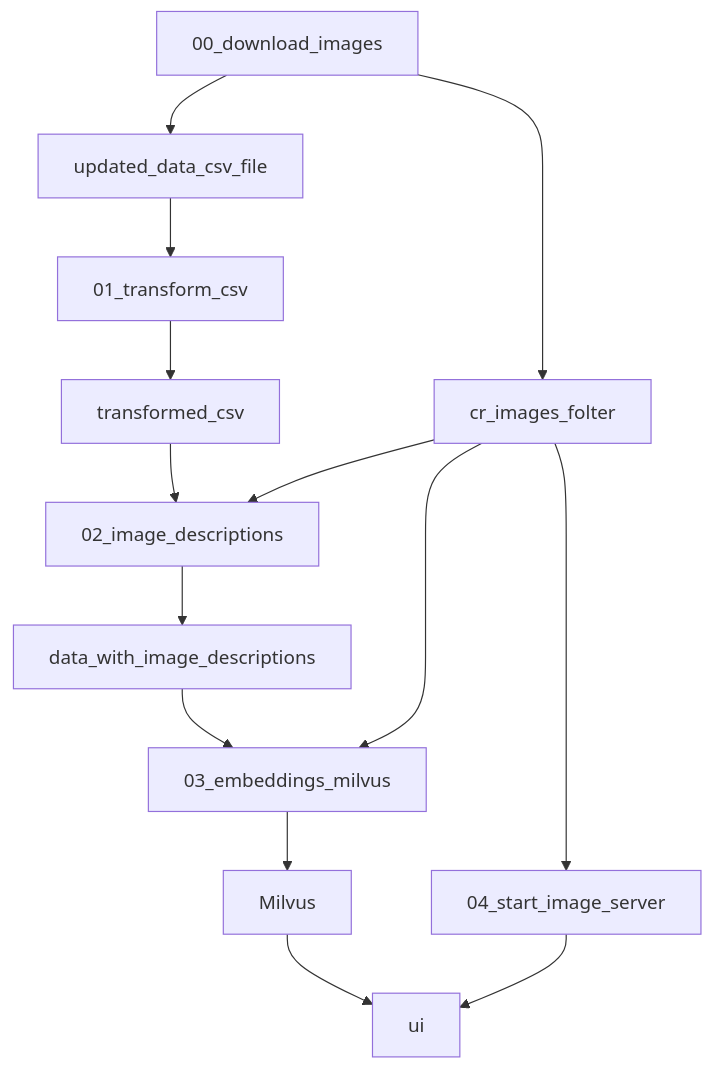
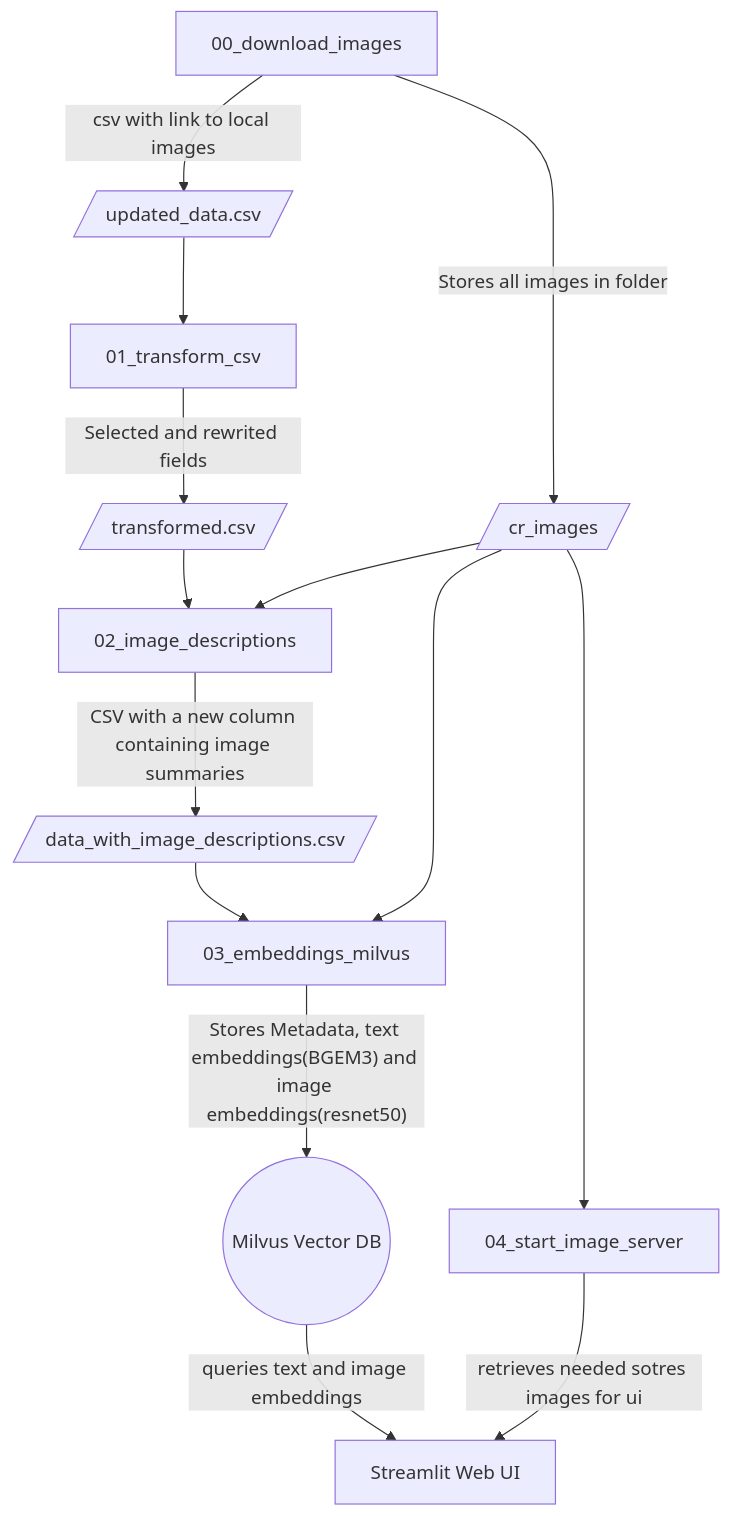
Before and after one commit to diegoreico/cc-multimodal-rag-challenge-pycon24: the diagram in README.md, drawn with Mermaid.

Commit message:
docs: improved architectures diagram with text inside edges

````diff
--- a/README.md
+++ b/README.md
@@ -18,16 +18,18 @@
 ```mermaid
 flowchart TD
-    00_download_images --> updated_data_csv_file
-    00_download_images --> cr_images_folter 
+    
+
+    00_download_images --csv with link to local images--> updated_data_csv_file[/updated_data.csv/]
+    00_download_images --Stores all images in folder--> cr_images_folter[/cr_images/]
     updated_data_csv_file --> 01_transform_csv
-    01_transform_csv --> transformed_csv
+    01_transform_csv --Selected and rewrited fields--> transformed_csv[/transformed.csv/]
     transformed_csv --> 02_image_descriptions
     cr_images_folter --> 02_image_descriptions
-    02_image_descriptions --> data_with_image_descriptions
+    02_image_descriptions --CSV with a new column containing image summaries--> data_with_image_descriptions[/data_with_image_descriptions.csv/]
     data_with_image_descriptions --> 03_embeddings_milvus
     cr_images_folter --> 03_embeddings_milvus
-    03_embeddings_milvus --> Milvus
+    03_embeddings_milvus --Stores Metadata, text embeddings(BGEM3) and image embeddings(resnet50)--> Milvus((Milvus Vector DB))
     cr_images_folter --> 04_start_image_server
-    Milvus --> ui
-    04_start_image_server --> ui
+    04_start_image_server --retrieves needed sotres images for ui--> ui[Streamlit Web UI]
+    Milvus --queries text and image embeddings--> ui
 ```
````
